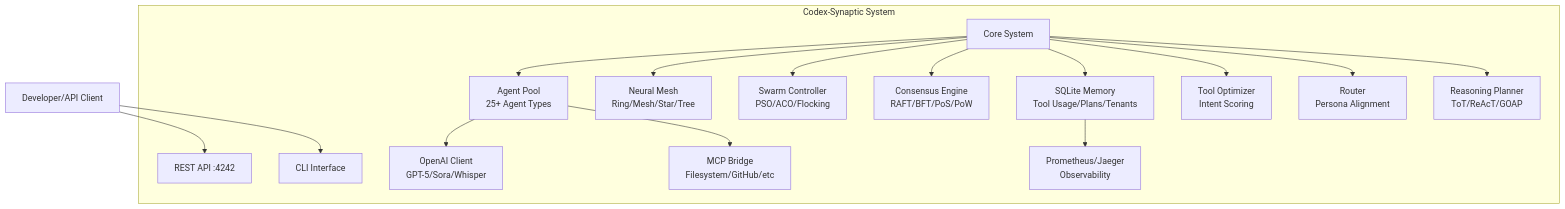
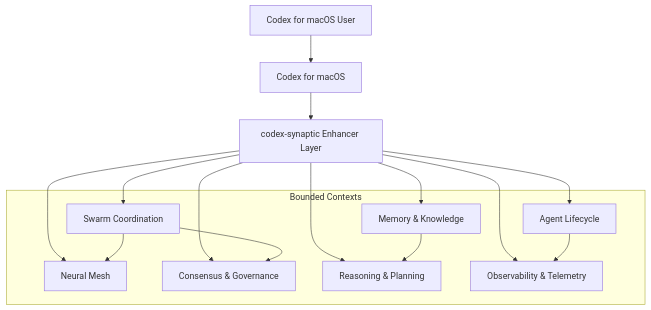
One commit to clduab11/codex-synaptic changed the diagram in README.md. Above: the diagram before and after it, drawn with Mermaid. The commit also changed other lines of this file and 20 other files, not shown here.

Commit message:
Restructure refactor docs for macOS enhancer plan

````diff
--- a/README.md
+++ b/README.md
@@ -294,25 +329,28 @@
 ```mermaid
 graph TB
-    subgraph "Codex-Synaptic System"
-        API[REST API :4242]
-        CLI[CLI Interface]
-        Core[Core System]
-        
-        Core --> Agents[Agent Pool<br/>25+ Agent Types]
-        Core --> Mesh[Neural Mesh<br/>Ring/Mesh/Star/Tree]
-        Core --> Swarm[Swarm Controller<br/>PSO/ACO/Flocking]
-        Core --> Consensus[Consensus Engine<br/>RAFT/BFT/PoS/PoW]
-        Core --> Memory[SQLite Memory<br/>Tool Usage/Plans/Tenants]
-        Core --> Tools[Tool Optimizer<br/>Intent Scoring]
-        Core --> Router[Router<br/>Persona Alignment]
-        Core --> Reasoning[Reasoning Planner<br/>ToT/ReAcT/GOAP]
-        
-        Agents --> OpenAI[OpenAI Client<br/>GPT-5/Sora/Whisper]
-        Agents --> MCP[MCP Bridge<br/>Filesystem/GitHub/etc]
-        
-        Memory --> Telemetry[Prometheus/Jaeger<br/>Observability]
+    User[Codex for macOS User] --> Codex[Codex for macOS]
+    Codex --> Enhancer[codex-synaptic Enhancer Layer]
+
+    subgraph "Bounded Contexts"
+        Swarm[Swarm Coordination]
+        Mesh[Neural Mesh]
+        Consensus[Consensus & Governance]
+        Agents[Agent Lifecycle]
+        Memory[Memory & Knowledge]
+        Reasoning[Reasoning & Planning]
+        Obs[Observability & Telemetry]
     end
-    
-    User[Developer/API Client] --> API
-    User --> CLI
+
+    Enhancer --> Swarm
+    Enhancer --> Mesh
+    Enhancer --> Consensus
+    Enhancer --> Agents
+    Enhancer --> Memory
+    Enhancer --> Reasoning
+    Enhancer --> Obs
+
+    Swarm --> Mesh
+    Swarm --> Consensus
+    Agents --> Obs
+    Memory --> Reasoning
 ```
````
